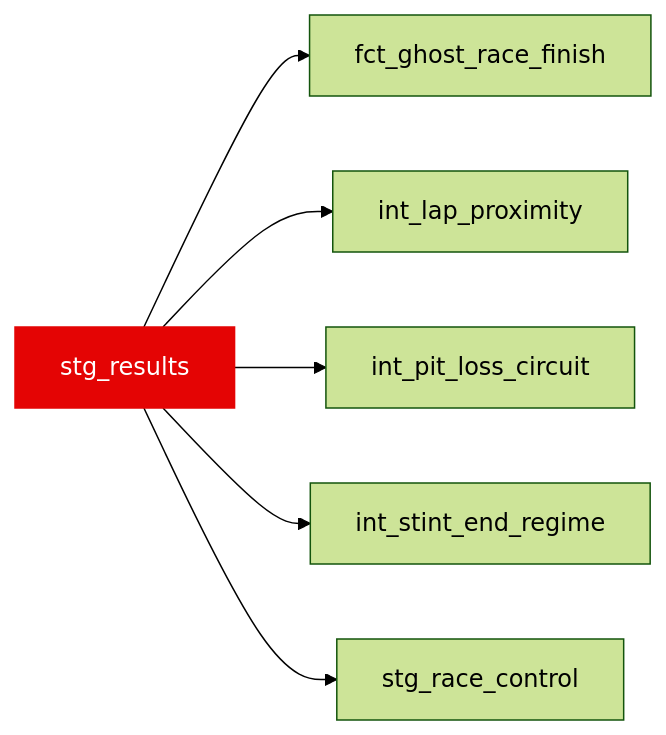
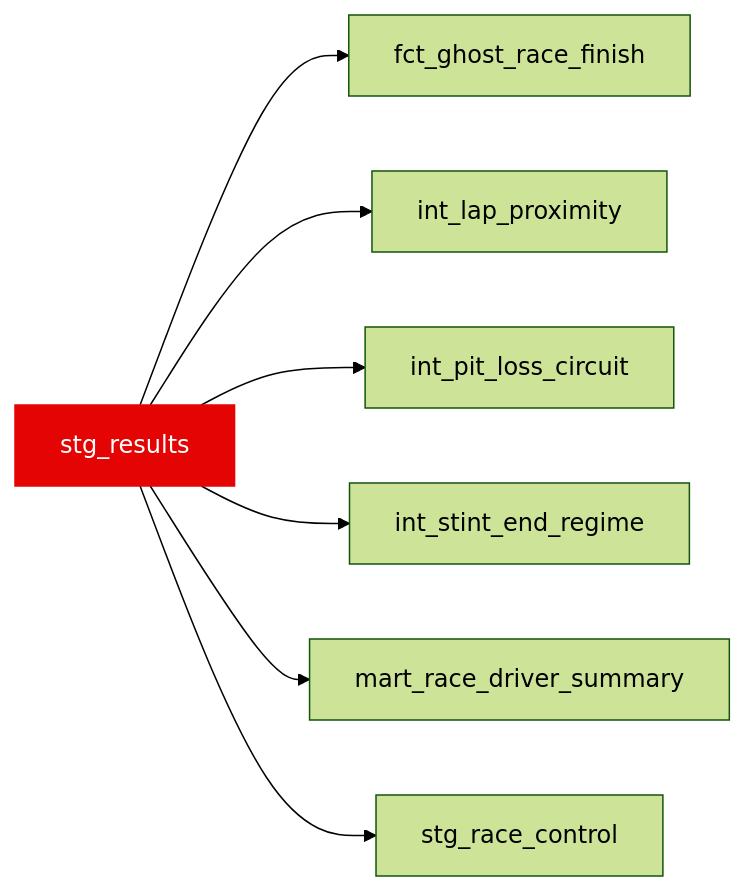
The diagram in docs/reference/models/stg/stg_results.mdx (JustinClarke/off-the-pace), drawn with Mermaid (forest theme) before and after one commit. The commit also changed 224 other files, not shown here.

````diff
--- a/docs/reference/models/stg/stg_results.mdx
+++ b/docs/reference/models/stg/stg_results.mdx
@@ -15,9 +15,10 @@
 ```mermaid
 flowchart LR
   stg_results --> fct_ghost_race_finish
   stg_results --> int_lap_proximity
   stg_results --> int_pit_loss_circuit
   stg_results --> int_stint_end_regime
+  stg_results --> mart_race_driver_summary
   stg_results --> stg_race_control
   style stg_results fill:#e40404,stroke:#e40404,color:#fff
 ```
````
